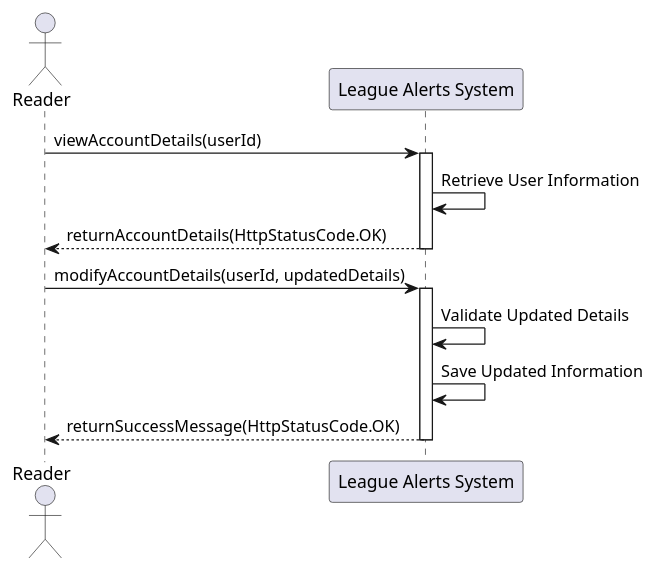
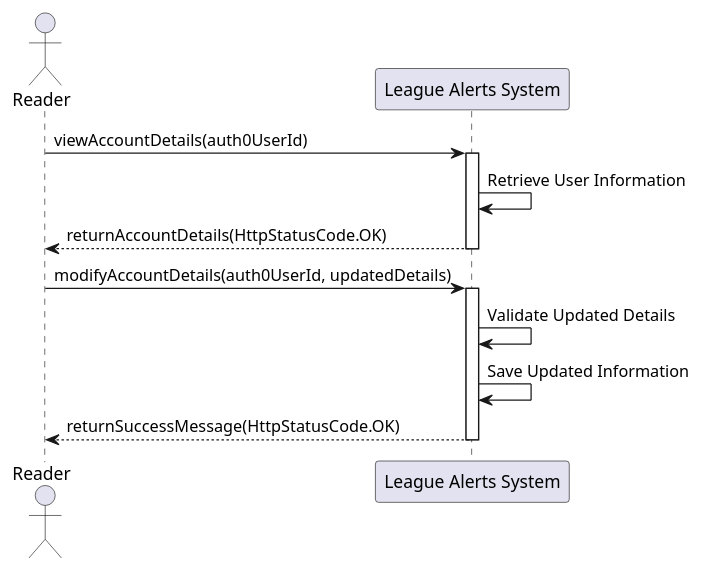
The diagram in Diagrams/SSD/Reader SSDs/Read-4.4 SSD.puml (Valthefirst/league_alerts-ChamplainECP), drawn with PlantUML before and after one commit. The commit also changed 3 other files, not shown here.

Commit message:
Diagrams

```diff
--- a/Diagrams/SSD/Reader SSDs/Read-4.4 SSD.puml
+++ b/Diagrams/SSD/Reader SSDs/Read-4.4 SSD.puml
@@ -1,17 +1,17 @@
 @startuml
 actor Reader
 participant "League Alerts System" as AMS
 
-Reader -> AMS : viewAccountDetails(userId)
+Reader -> AMS : viewAccountDetails(auth0UserId)
 activate AMS
     AMS -> AMS : Retrieve User Information
     AMS --> Reader : returnAccountDetails(HttpStatusCode.OK)
 deactivate AMS
 
-Reader -> AMS : modifyAccountDetails(userId, updatedDetails)
+Reader -> AMS : modifyAccountDetails(auth0UserId, updatedDetails)
 activate AMS
     AMS -> AMS : Validate Updated Details
     AMS -> AMS : Save Updated Information
     AMS --> Reader : returnSuccessMessage(HttpStatusCode.OK)
 deactivate AMS
 @enduml
```
